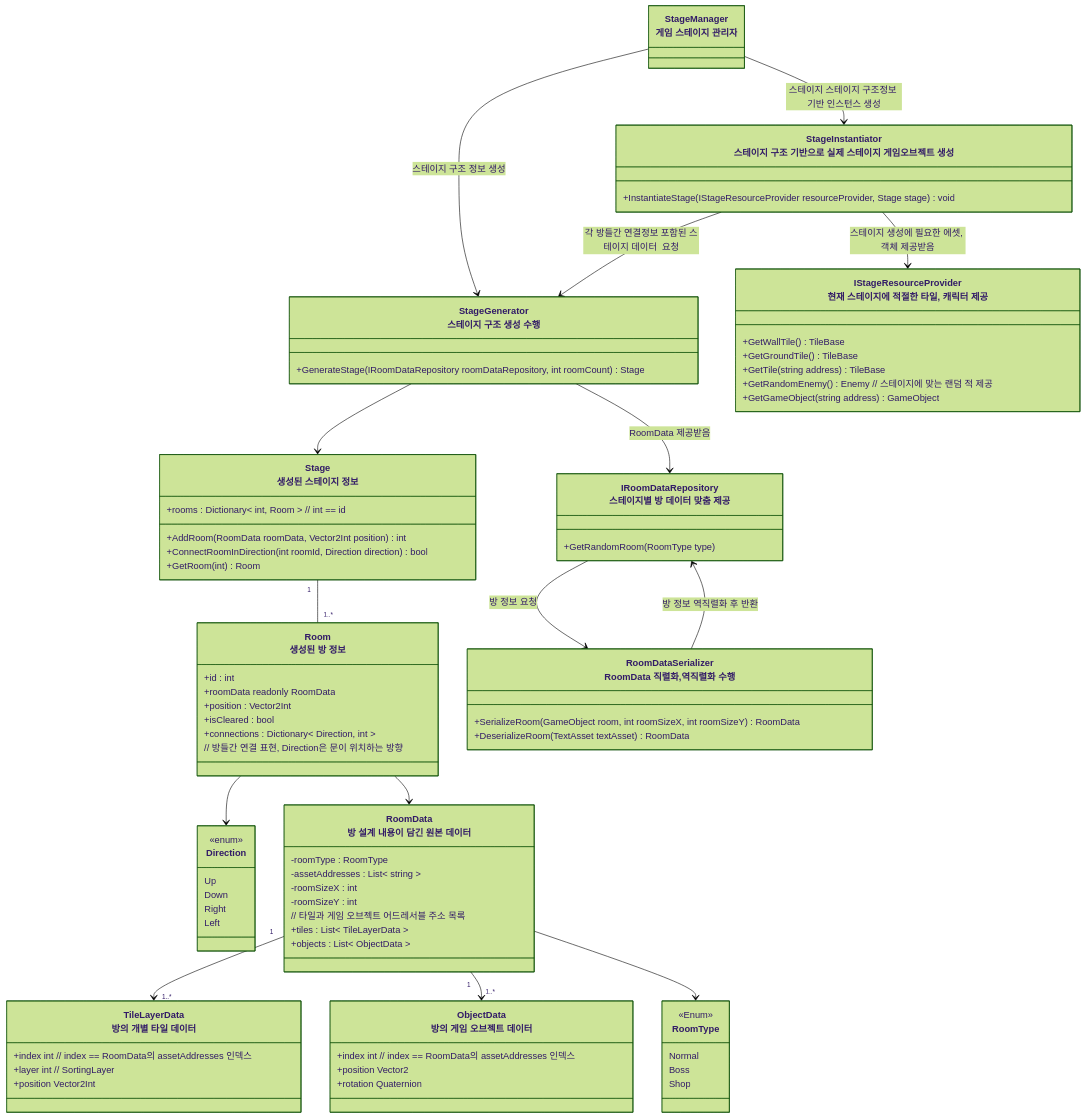
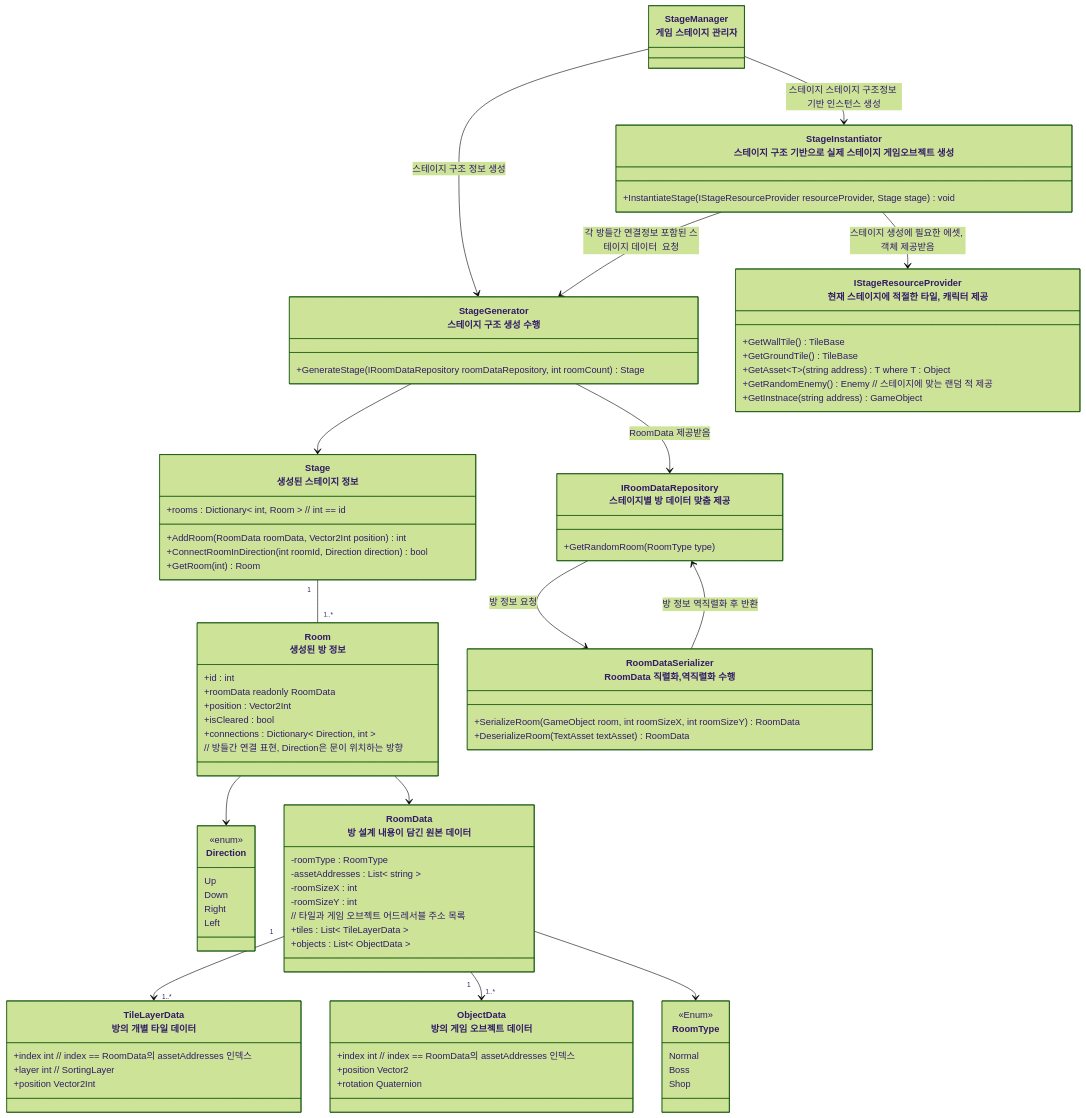
Before and after one commit to JIN5EOK/DungeonShooter: the first of 5 diagrams in Assets/_README/스테이지_설계.md, drawn with Mermaid (forest theme). The commit also changed other lines of this file and 2 other files, not shown here.

Commit message:
refactor: RoomDataRepository에서도 발생할 수 있는 초기화 관련 문제 수정

```diff
--- a/Assets/_README/스테이지_설계.md
+++ b/Assets/_README/스테이지_설계.md
@@ -81,9 +81,9 @@
     class IStageResourceProvider["IStageResourceProvider<br>현재 스테이지에 적절한  타일, 캐릭터 제공"]{
         +GetWallTile() TileBase
         +GetGroundTile() TileBase
-        +GetTile(string address) TileBase
+        +GetAsset~T~(string address) T where T : Object
         +GetRandomEnemy() Enemy // 스테이지에 맞는 랜덤 적 제공
-        +GetGameObject(string address) GameObject
+        +GetInstnace(string address) GameObject
     }
     
     StageInstantiator --> IStageResourceProvider : 스테이지 생성에 필요한 에셋, 객체 제공받음
```
